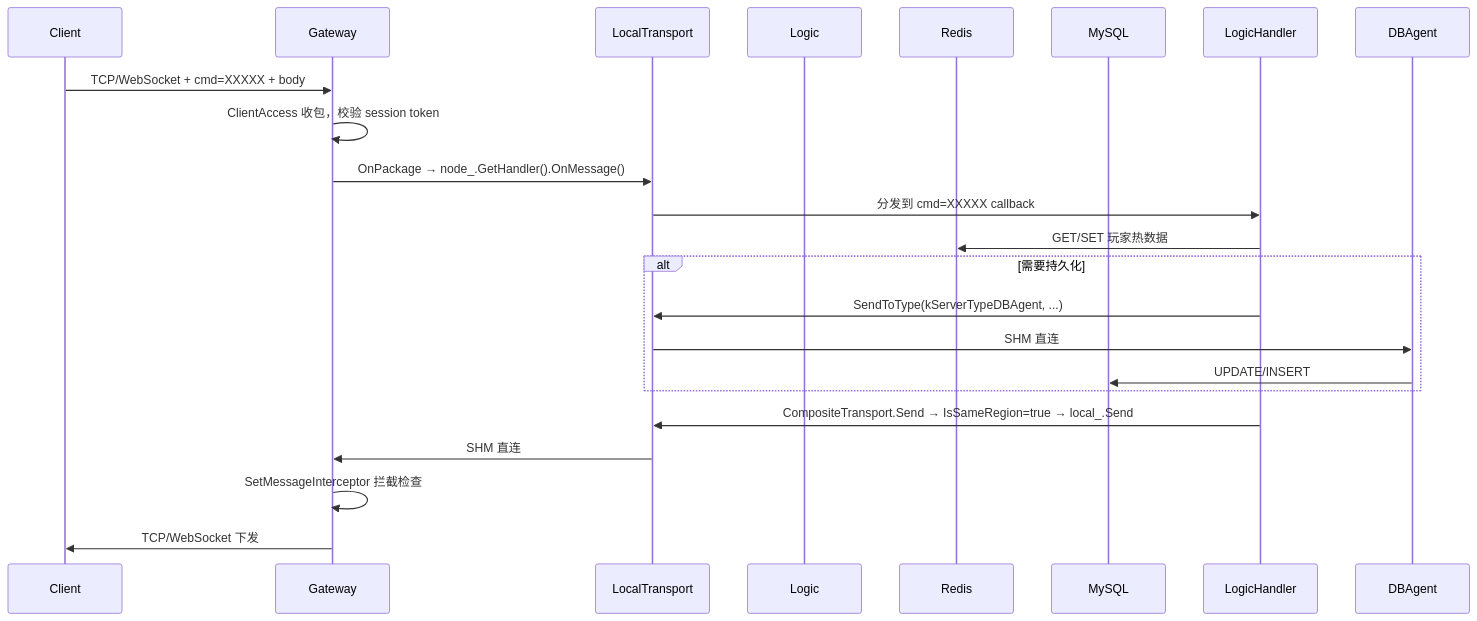
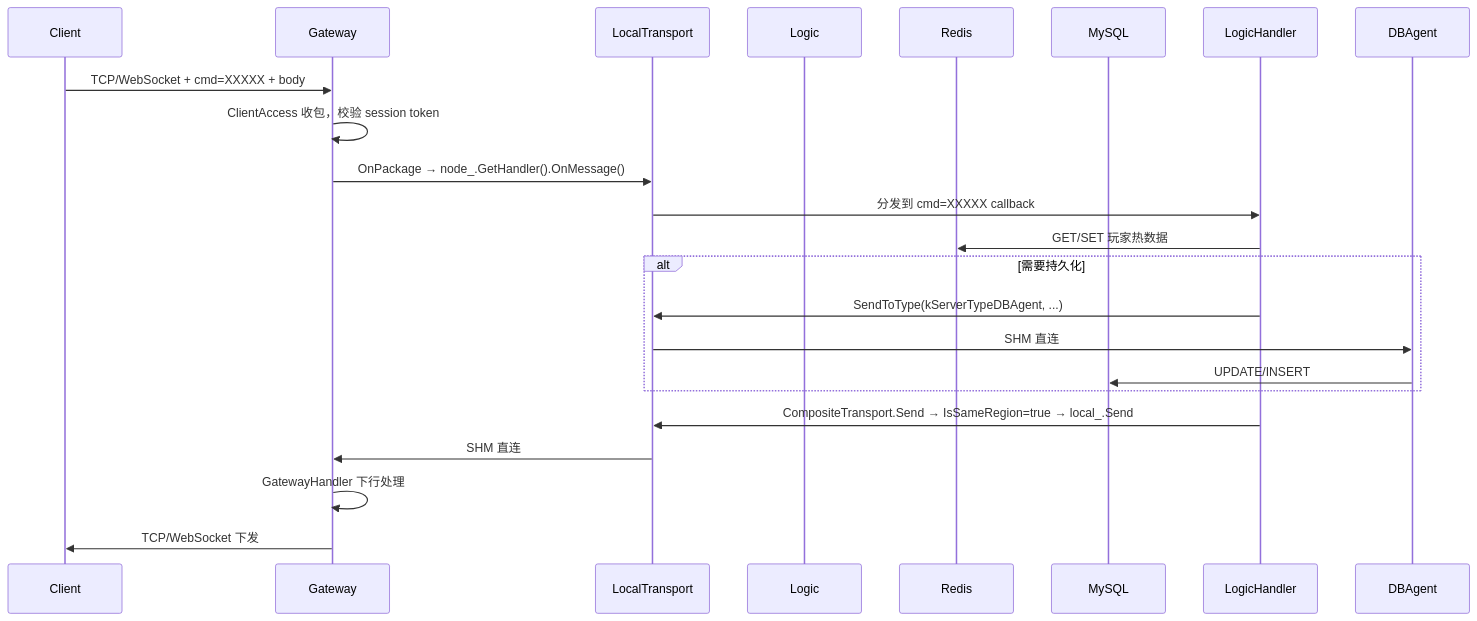
The third of 6 diagrams in architecture/architecture_design.md (ysx-cpp/distributed-server-framework), drawn with Mermaid before and after one commit. The commit also changed other lines of this file and 4 other files, not shown here.

````diff
--- a/architecture/architecture_design.md
+++ b/architecture/architecture_design.md
@@ -805,24 +949,24 @@
 ```mermaid
 sequenceDiagram
     participant Client
     participant Gateway
     participant LocalTransport
     participant Logic
     participant Redis
     participant MySQL
 
     Client->>Gateway: TCP/WebSocket + cmd=XXXXX + body
     Gateway->>Gateway: ClientAccess 收包，校验 session token
     Gateway->>LocalTransport: OnPackage → node_.GetHandler().OnMessage()
     LocalTransport->>LogicHandler: 分发到 cmd=XXXXX callback
     LogicHandler->>Redis: GET/SET 玩家热数据
     alt 需要持久化
         LogicHandler->>LocalTransport: SendToType(kServerTypeDBAgent, ...)
         LocalTransport->>DBAgent: SHM 直连
         DBAgent->>MySQL: UPDATE/INSERT
     end
     LogicHandler->>LocalTransport: CompositeTransport.Send → IsSameRegion=true → local_.Send
     LocalTransport->>Gateway: SHM 直连
-    Gateway->>Gateway: SetMessageInterceptor 拦截检查
+    Gateway->>Gateway: GatewayHandler 下行处理
     Gateway->>Client: TCP/WebSocket 下发
 ```
````
